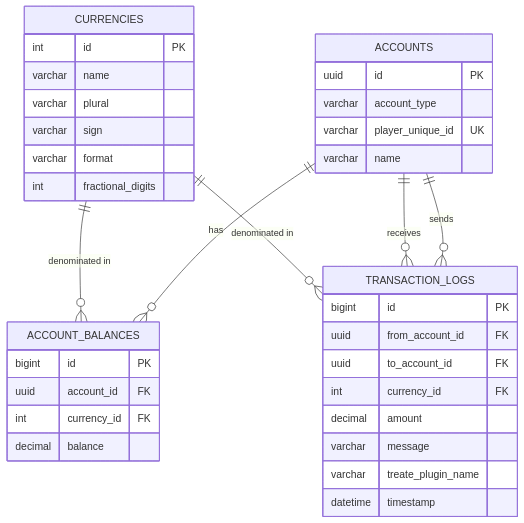
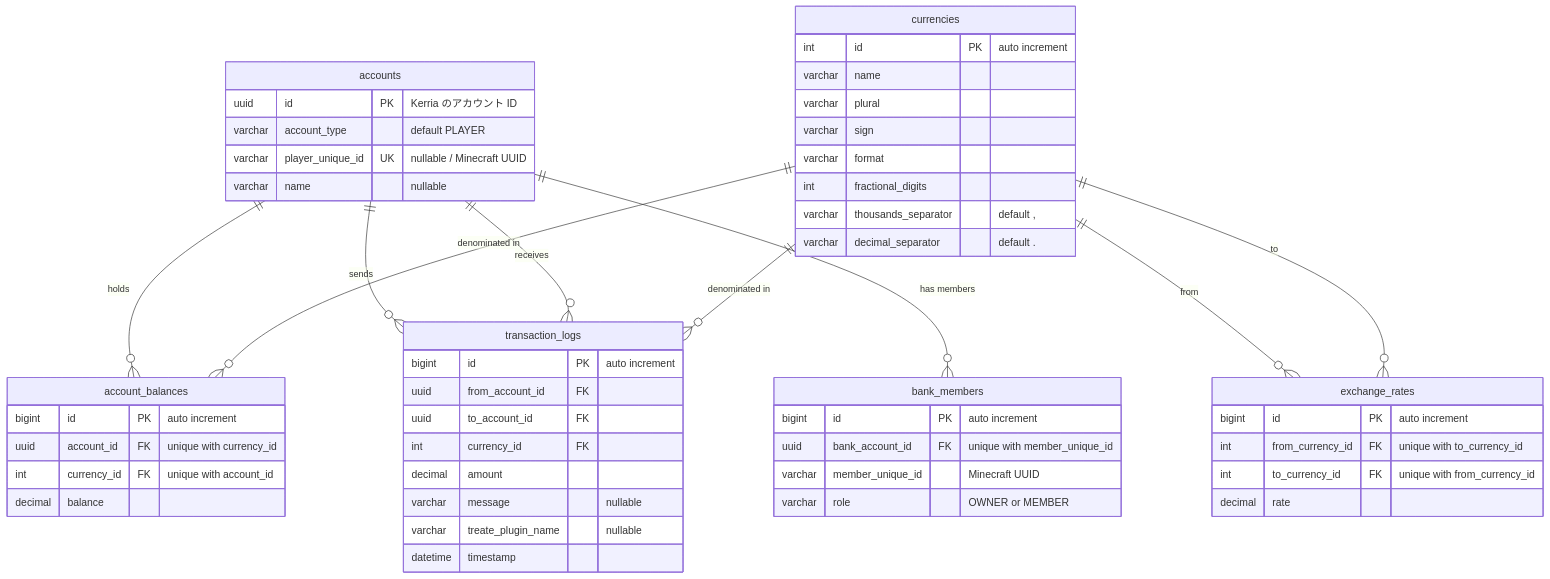
The second of 2 diagrams in docs/content/docs/(admin)/database.mdx (morinoparty/Kerria), drawn with Mermaid before and after one commit. The commit also changed other lines of this file and 8 other files, not shown here.

````diff
--- a/docs/content/docs/(admin)/database.mdx
+++ b/docs/content/docs/(admin)/database.mdx
@@ -248,42 +206,61 @@
 ```mermaid
 erDiagram
-    ACCOUNTS {
-        uuid id PK
-        varchar account_type
-        varchar player_unique_id UK
-        varchar name
+    accounts {
+        uuid id PK "Kerria のアカウント ID"
+        varchar account_type "default PLAYER"
+        varchar player_unique_id UK "nullable / Minecraft UUID"
+        varchar name "nullable"
     }
 
-    ACCOUNT_BALANCES {
-        bigint id PK
-        uuid account_id FK
-        int currency_id FK
-        decimal balance
-    }
-
-    CURRENCIES {
-        int id PK
+    currencies {
+        int id PK "auto increment"
         varchar name
         varchar plural
         varchar sign
         varchar format
         int fractional_digits
+        varchar thousands_separator "default ,"
+        varchar decimal_separator "default ."
     }
 
-    TRANSACTION_LOGS {
-        bigint id PK
+    account_balances {
+        bigint id PK "auto increment"
+        uuid account_id FK "unique with currency_id"
+        int currency_id FK "unique with account_id"
+        decimal balance
+    }
+
+    transaction_logs {
+        bigint id PK "auto increment"
         uuid from_account_id FK
         uuid to_account_id FK
         int currency_id FK
         decimal amount
-        varchar message
-        varchar treate_plugin_name
+        varchar message "nullable"
+        varchar treate_plugin_name "nullable"
         datetime timestamp
     }
 
-    ACCOUNTS ||--o{ ACCOUNT_BALANCES : "has"
-    CURRENCIES ||--o{ ACCOUNT_BALANCES : "denominated in"
-    ACCOUNTS ||--o{ TRANSACTION_LOGS : "sends"
-    ACCOUNTS ||--o{ TRANSACTION_LOGS : "receives"
-    CURRENCIES ||--o{ TRANSACTION_LOGS : "denominated in"
+    exchange_rates {
+        bigint id PK "auto increment"
+        int from_currency_id FK "unique with to_currency_id"
+        int to_currency_id FK "unique with from_currency_id"
+        decimal rate
+    }
+
+    bank_members {
+        bigint id PK "auto increment"
+        uuid bank_account_id FK "unique with member_unique_id"
+        varchar member_unique_id "Minecraft UUID"
+        varchar role "OWNER or MEMBER"
+    }
+
+    accounts ||--o{ account_balances : "holds"
+    currencies ||--o{ account_balances : "denominated in"
+    accounts ||--o{ transaction_logs : "sends"
+    accounts ||--o{ transaction_logs : "receives"
+    currencies ||--o{ transaction_logs : "denominated in"
+    currencies ||--o{ exchange_rates : "from"
+    currencies ||--o{ exchange_rates : "to"
+    accounts ||--o{ bank_members : "has members"
 ```
````
